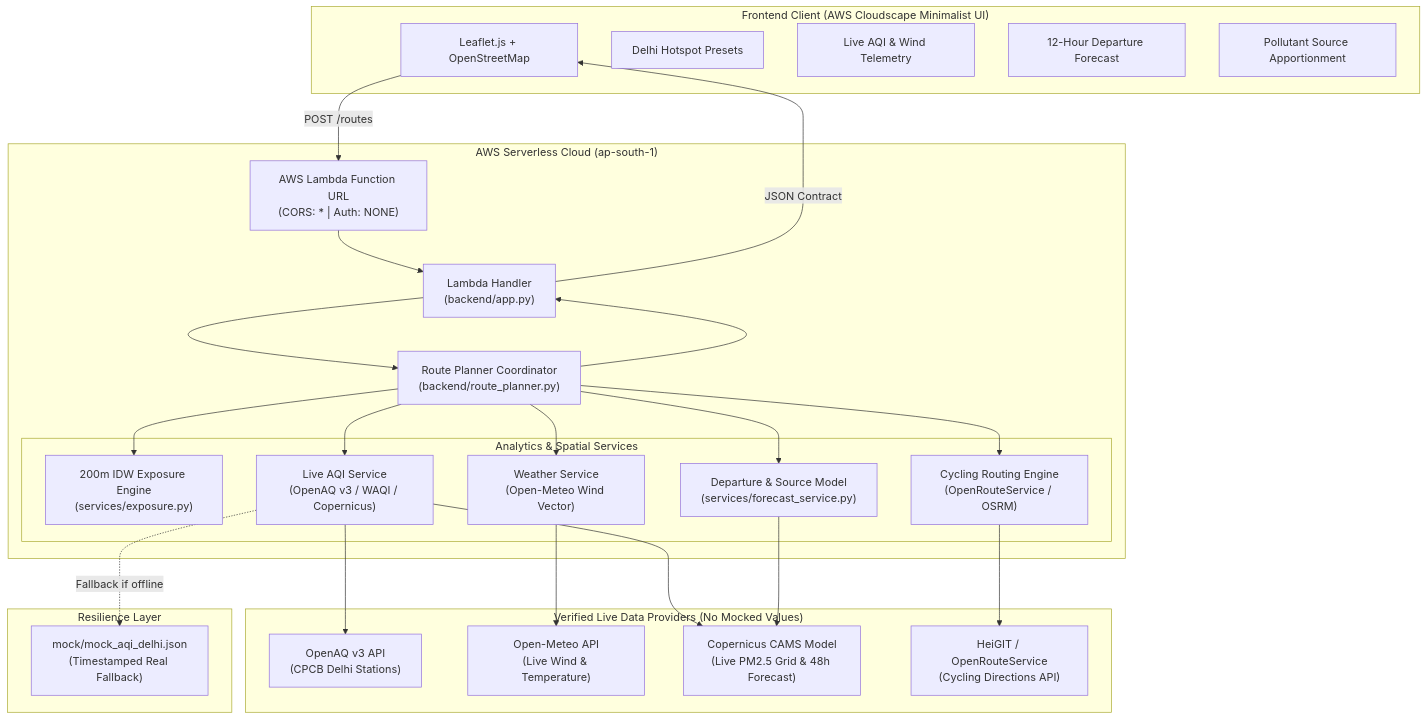
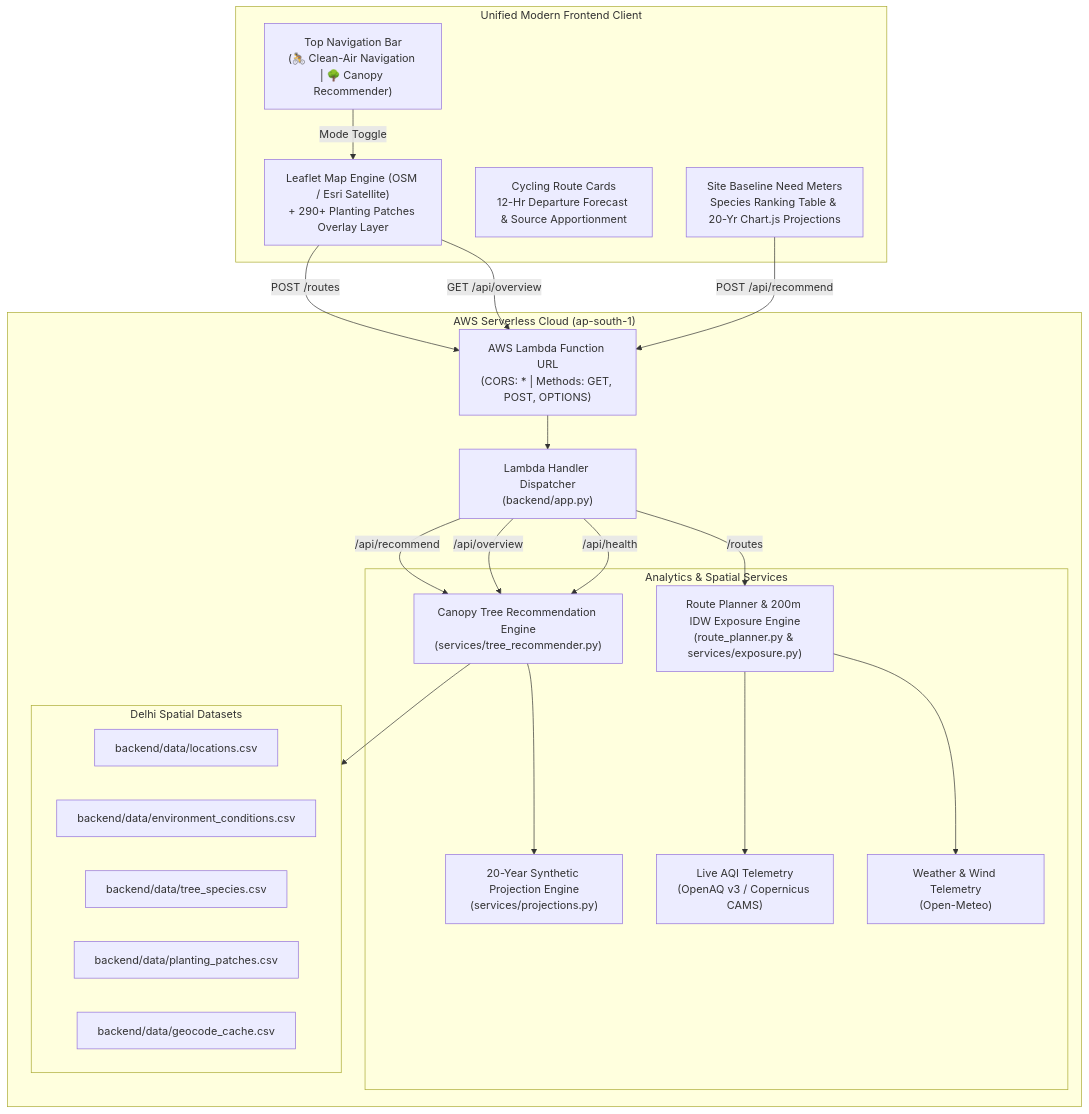
One commit to PranayBhardwaj29/breathe-route changed the diagram in README.md. Above: the diagram before and after it, drawn with Mermaid. The commit also changed other lines of this file and 27 other files, not shown here.

Commit message:
feat: merge canopy tree recommender, add dual navigation modes and modernize UI

````diff
--- a/README.md
+++ b/README.md
@@ -29,47 +52,44 @@
 ```mermaid
 flowchart TD
-    subgraph Client["Frontend Client (AWS Cloudscape Minimalist UI)"]
-        UI["Leaflet.js + OpenStreetMap"]
-        Presets["Delhi Hotspot Presets"]
-        TelemetryPanel["Live AQI & Wind Telemetry"]
-        Timeline["12-Hour Departure Forecast"]
-        SourcePanel["Pollutant Source Apportionment"]
+    subgraph Client["Unified Modern Frontend Client"]
+        Navbar["Top Navigation Bar\n(🚴 Clean-Air Navigation | 🌳 Canopy Recommender)"]
+        Map["Leaflet Map Engine (OSM / Esri Satellite)\n+ 290+ Planting Patches Overlay Layer"]
+        NavPanel["Cycling Route Cards\n12-Hr Departure Forecast & Source Apportionment"]
+        CanopyPanel["Site Baseline Need Meters\nSpecies Ranking Table & 20-Yr Chart.js Projections"]
     end
 
     subgraph AWS_Cloud["AWS Serverless Cloud (ap-south-1)"]
-        FURL["AWS Lambda Function URL\n(CORS: * | Auth: NONE)"]
-        Handler["Lambda Handler\n(backend/app.py)"]
-        Planner["Route Planner Coordinator\n(backend/route_planner.py)"]
+        FURL["AWS Lambda Function URL\n(CORS: * | Methods: GET, POST, OPTIONS)"]
+        Handler["Lambda Handler Dispatcher\n(backend/app.py)"]
         
-        subgraph Engine["Analytics & Spatial Services"]
-            IDW["200m IDW Exposure Engine\n(services/exposure.py)"]
-            Router["Cycling Routing Engine\n(OpenRouteService / OSRM)"]
-            Forecast["Departure & Source Model\n(services/forecast_service.py)"]
-            AQIService["Live AQI Service\n(OpenAQ v3 / WAQI / Copernicus)"]
-            Weather["Weather Service\n(Open-Meteo Wind Vector)"]
+        subgraph Services["Analytics & Spatial Services"]
+            Planner["Route Planner & 200m IDW Exposure Engine\n(route_planner.py & services/exposure.py)"]
+            TreeEng["Canopy Tree Recommendation Engine\n(services/tree_recommender.py)"]
+            ProjEng["20-Year Synthetic Projection Engine\n(services/projections.py)"]
+            AQIService["Live AQI Telemetry\n(OpenAQ v3 / Copernicus CAMS)"]
+            Weather["Weather & Wind Telemetry\n(Open-Meteo)"]
+        end
+        
+        subgraph Data["Delhi Spatial Datasets"]
+            SitesCSV["backend/data/locations.csv"]
+            EnvCSV["backend/data/environment_conditions.csv"]
+            SpeciesCSV["backend/data/tree_species.csv"]
+            PatchesCSV["backend/data/planting_patches.csv"]
+            CacheCSV["backend/data/geocode_cache.csv"]
         end
     end
 
-    subgraph External_APIs["Verified Live Data Providers (No Mocked Values)"]
-        OpenAQ["OpenAQ v3 API\n(CPCB Delhi Stations)"]
-        OpenMeteo["Open-Meteo API\n(Live Wind & Temperature)"]
-        Copernicus["Copernicus CAMS Model\n(Live PM2.5 Grid & 48h Forecast)"]
-        ORS["HeiGIT / OpenRouteService\n(Cycling Directions API)"]
-    end
-
-    subgraph Cache["Resilience Layer"]
-        LocalCache["mock/mock_aqi_delhi.json\n(Timestamped Real Fallback)"]
-    end
-
-    UI -->|POST /routes| FURL
+    Navbar -->|Mode Toggle| Map
+    Map -->|POST /routes| FURL
+    Map -->|GET /api/overview| FURL
+    CanopyPanel -->|POST /api/recommend| FURL
     FURL --> Handler
-    Handler --> Planner
-    Planner --> Router --> ORS
-    Planner --> AQIService --> OpenAQ
-    AQIService -.->|Fallback if offline| LocalCache
-    AQIService --> Copernicus
-    Planner --> Weather --> OpenMeteo
-    Planner --> IDW
-    Planner --> Forecast --> Copernicus
-    Planner --> Handler -->|JSON Contract| UI
+    Handler -->|/routes| Planner
+    Handler -->|/api/recommend| TreeEng
+    Handler -->|/api/overview| TreeEng
+    Handler -->|/api/health| TreeEng
+    TreeEng --> Data
+    TreeEng --> ProjEng
+    Planner --> AQIService
+    Planner --> Weather
 ```
````
